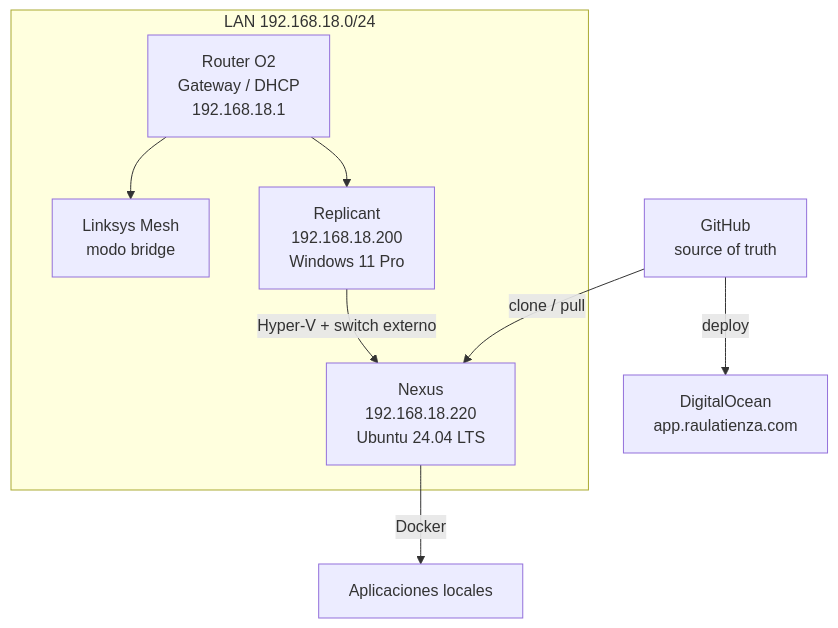
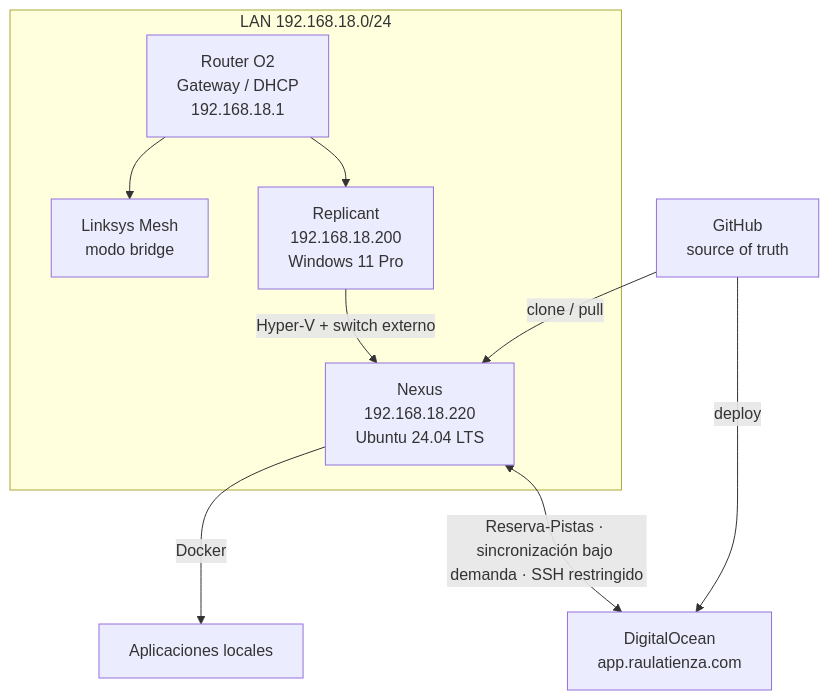
The diagram in docs/arquitectura.md (ratienza/infra-replicant-lab), drawn with Mermaid before and after one commit. The commit also changed 9 other files, not shown here.

First line of the commit message:
Document safe Reserva-Pistas synchronization closure (#14)

````diff
--- a/docs/arquitectura.md
+++ b/docs/arquitectura.md
@@ -5,19 +5,20 @@
 ```mermaid
 flowchart TB
     subgraph LAN["LAN 192.168.18.0/24"]
         O2["Router O2<br/>Gateway / DHCP<br/>192.168.18.1"]
         M["Linksys Mesh<br/>modo bridge"]
         R["Replicant<br/>192.168.18.200<br/>Windows 11 Pro"]
         N["Nexus<br/>192.168.18.220<br/>Ubuntu 24.04 LTS"]
         O2 --> M
         O2 --> R
         R -->|Hyper-V + switch externo| N
     end
 
     GH["GitHub<br/>source of truth"]
     DO["DigitalOcean<br/>app.raulatienza.com"]
 
     GH -->|clone / pull| N
     GH -->|deploy| DO
     N -->|Docker| APPS["Aplicaciones locales"]
+    N <-->|"Reserva-Pistas · sincronización bajo demanda · SSH restringido"| DO
 ```
````
